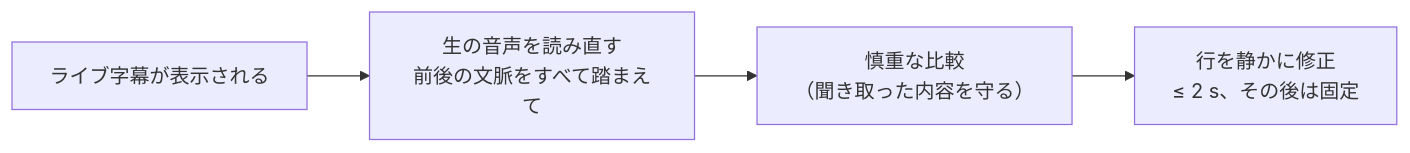
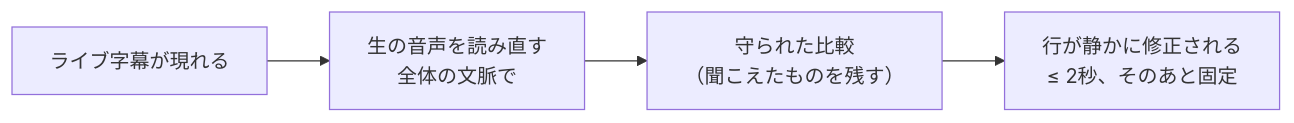
Before and after one commit to rpalm01-star/VigilantEarLegal: the third of 4 diagrams in README_ja.md, drawn with Mermaid. The commit also changed other lines of this file and 14 other files, not shown here.

````diff
--- a/README_ja.md
+++ b/README_ja.md
@@ -168,4 +203,4 @@
 ```mermaid
 graph LR
-    L["ライブ字幕が表示される"] --> K["生の音声を読み直す<br/>前後の文脈をすべて踏まえて"] --> V["慎重な比較<br/>（聞き取った内容を守る）"] --> W["行を静かに修正<br/>≤ 2 s、その後は固定"]
+    L["ライブ字幕が現れる"] --> K["生の音声を読み直す<br/>全体の文脈で"] --> V["守られた比較<br/>（聞こえたものを残す）"] --> W["行が静かに修正される<br/>≤ 2秒、そのあと固定"]
 ```
````
